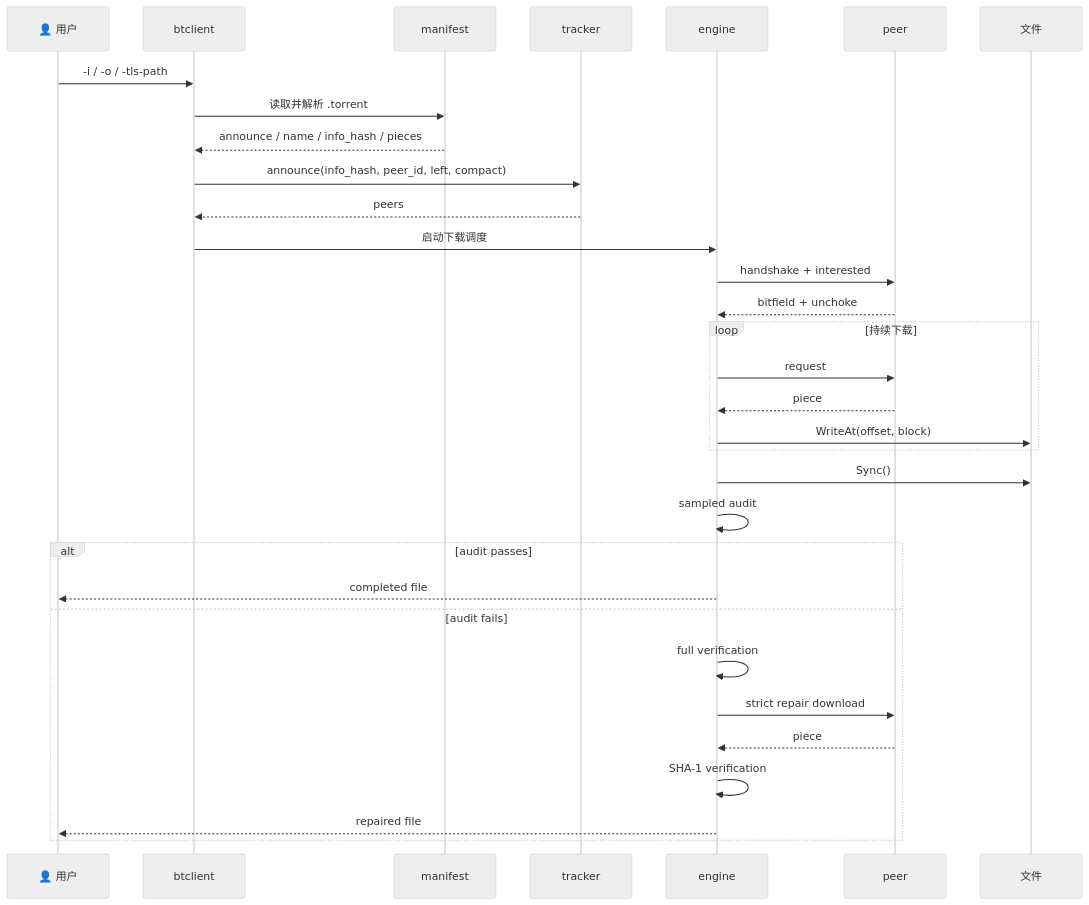
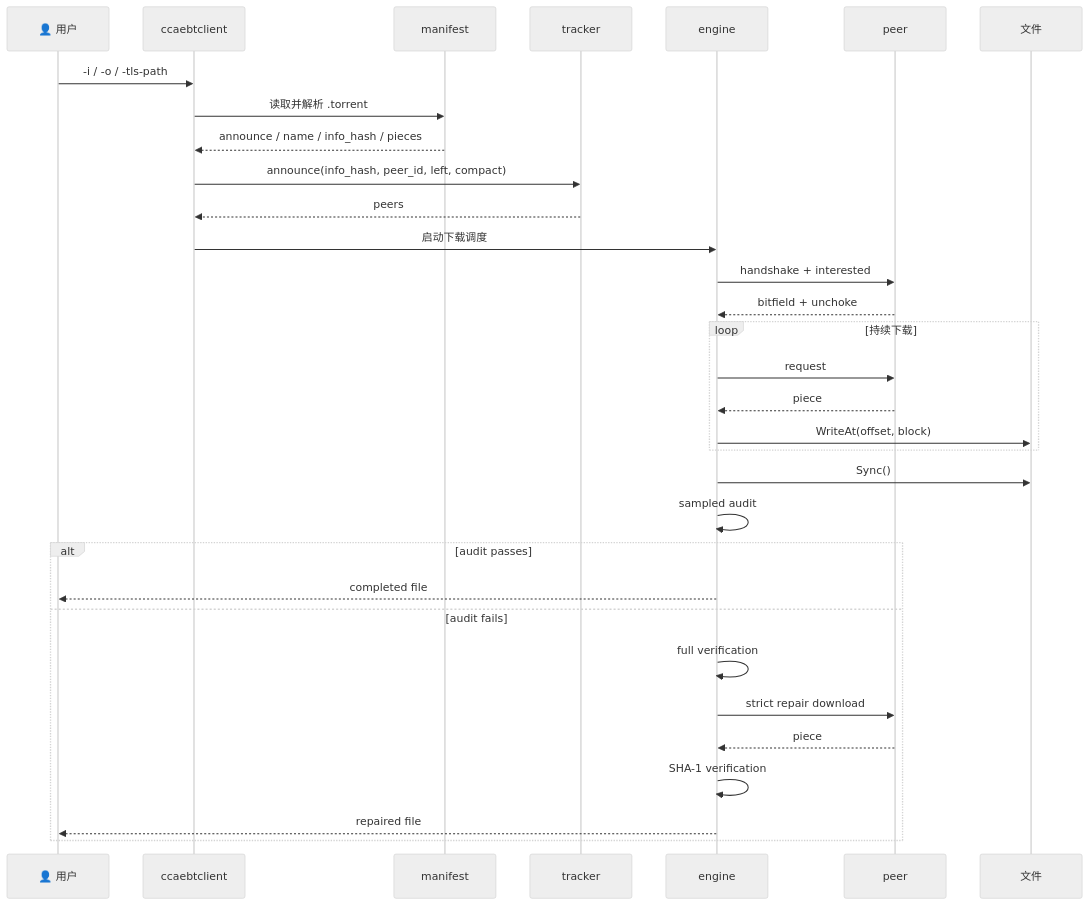
The sixth of 7 diagrams in README.md (SimonMing47/BitTorrent), drawn with Mermaid (neutral theme) before and after one commit. The commit also changed other lines of this file and 14 other files, not shown here.

````diff
--- a/README.md
+++ b/README.md
@@ -496,35 +496,35 @@
 ```mermaid
 sequenceDiagram
     participant User as 👤 用户
-    participant CLI as btclient
+    participant CLI as ccaebtclient
     participant Manifest as manifest
     participant Tracker as tracker
     participant Engine as engine
     participant Peer as peer
     participant File as 文件
 
     User->>CLI: -i / -o / -tls-path
     CLI->>Manifest: 读取并解析 .torrent
     Manifest-->>CLI: announce / name / info_hash / pieces
     CLI->>Tracker: announce(info_hash, peer_id, left, compact)
     Tracker-->>CLI: peers
     CLI->>Engine: 启动下载调度
     Engine->>Peer: handshake + interested
     Peer-->>Engine: bitfield + unchoke
     loop 持续下载
         Engine->>Peer: request
         Peer-->>Engine: piece
         Engine->>File: WriteAt(offset, block)
     end
     Engine->>File: Sync()
     Engine->>Engine: sampled audit
     alt audit passes
         Engine-->>User: completed file
     else audit fails
         Engine->>Engine: full verification
         Engine->>Peer: strict repair download
         Peer-->>Engine: piece
         Engine->>Engine: SHA-1 verification
         Engine-->>User: repaired file
     end
 ```
````
